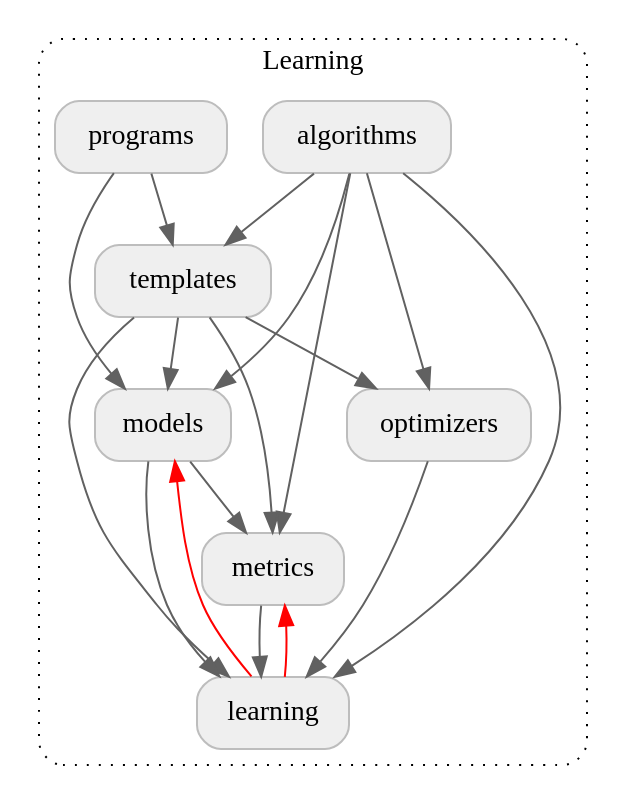
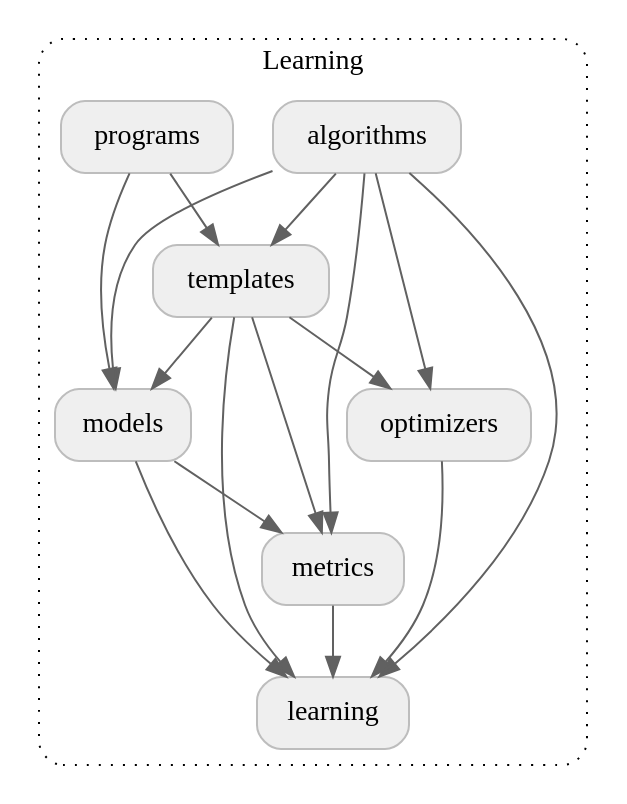
Before and after one commit to google-parfait/tensorflow-federated: the diagram in docs/design/package_structure_learning.dot, drawn with Graphviz. The commit also changed 9 other files, not shown here.

```diff
--- a/docs/design/package_structure_learning.dot
+++ b/docs/design/package_structure_learning.dot
@@ -1,37 +1,32 @@
 digraph {
   graph [style="dotted,rounded"]
   node [shape="box", style="rounded,filled", fillcolor="#efefef", color="#bdbdbd"]
   edge [color="#616161"]
 
   subgraph cluster_learning {
     graph [label="Learning", href="https://github.com/google-parfait/tensorflow-federated/blob/main/tensorflow_federated/python/learning" target="_parent"]
     algorithms [label="algorithms", href="https://github.com/google-parfait/tensorflow-federated/blob/main/tensorflow_federated/python/learning/algorithms" target="_parent"]
     programs [label="programs", href="https://github.com/google-parfait/tensorflow-federated/blob/main/tensorflow_federated/python/learning/programs" target="_parent"]
     templates [label="templates", href="https://github.com/google-parfait/tensorflow-federated/blob/main/tensorflow_federated/python/learning/templates" target="_parent"]
     optimizers [label="optimizers", href="https://github.com/google-parfait/tensorflow-federated/blob/main/tensorflow_federated/python/learning/optimizers" target="_parent"]
     models [label="models", href="https://github.com/google-parfait/tensorflow-federated/blob/main/tensorflow_federated/python/learning/models" target="_parent"]
     metrics [label="metrics", href="https://github.com/google-parfait/tensorflow-federated/blob/main/tensorflow_federated/python/learning/metrics" target="_parent"]
     learning [href="https://github.com/google-parfait/tensorflow-federated/blob/main/tensorflow_federated/python/learning" target="_parent"]
   }
 
   programs -> templates
   programs -> models
   algorithms -> templates
   algorithms -> metrics
   algorithms -> models
   algorithms -> optimizers
   algorithms -> learning
   templates -> optimizers
   templates -> metrics
   templates -> models
   templates -> learning
   models -> metrics
   models -> learning
   optimizers -> learning
   metrics -> learning
-
-  // TODO: b/151441025 - This visibility is temporary and can be removed once the
-  // circular dependencies between `learning` and its subpackages are removed.
-  metrics -> learning [dir=back, color="#ff0000"]
-  models -> learning [dir=back, color="#ff0000"]
 }
```
